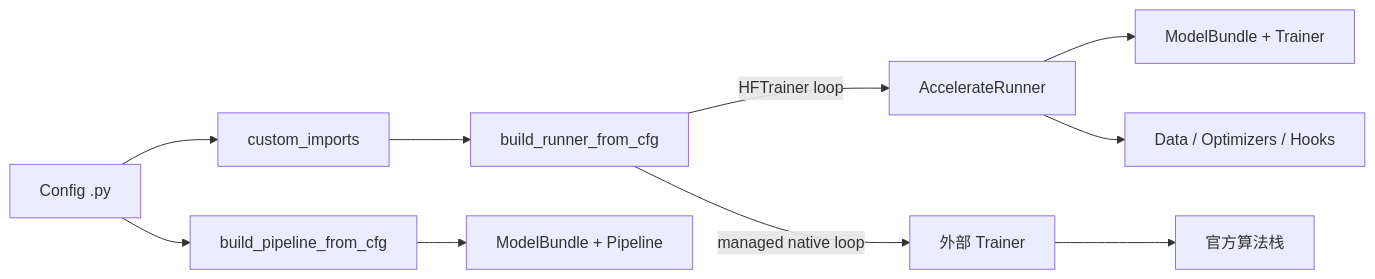
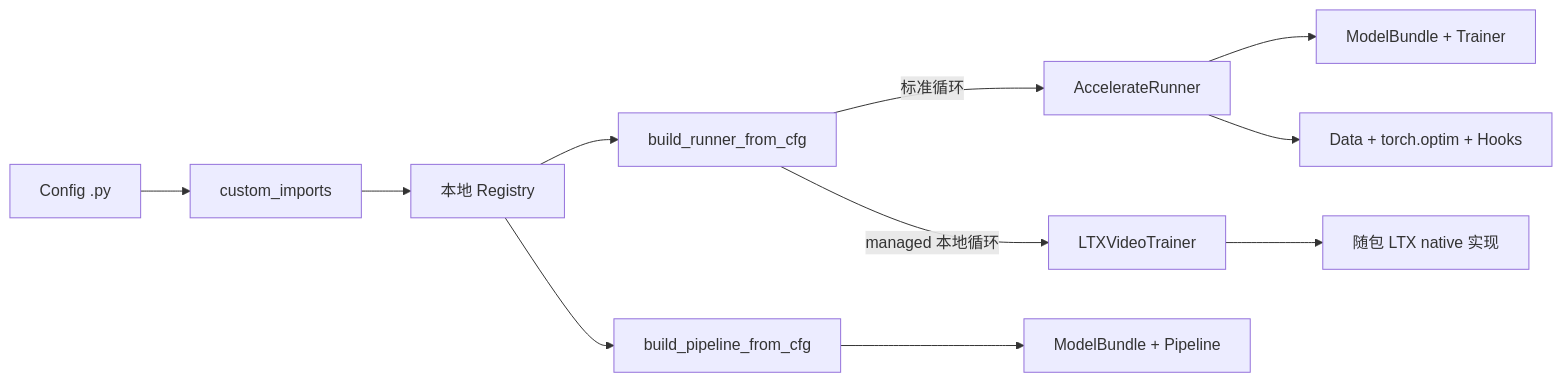
Before and after one commit to ZeyuLing/HFTrainer: the first of 2 diagrams in docs/zh-cn/architecture.md, drawn with Mermaid. The commit also changed other lines of this file and 486 other files, not shown here.

````diff
--- a/docs/zh-cn/architecture.md
+++ b/docs/zh-cn/architecture.md
@@ -5,12 +5,13 @@
 ```mermaid
 flowchart LR
     A["Config .py"] --> B["custom_imports"]
-    B --> C["build_runner_from_cfg"]
-    C -->|HFTrainer loop| D["AccelerateRunner"]
-    C -->|managed native loop| E["外部 Trainer"]
-    D --> F["ModelBundle + Trainer"]
-    D --> G["Data / Optimizers / Hooks"]
-    E --> H["官方算法栈"]
-    A --> I["build_pipeline_from_cfg"]
-    I --> J["ModelBundle + Pipeline"]
+    B --> C["本地 Registry"]
+    C --> D["build_runner_from_cfg"]
+    D -->|标准循环| E["AccelerateRunner"]
+    D -->|managed 本地循环| F["LTXVideoTrainer"]
+    E --> G["ModelBundle + Trainer"]
+    E --> H["Data + torch.optim + Hooks"]
+    F --> I["随包 LTX native 实现"]
+    C --> J["build_pipeline_from_cfg"]
+    J --> K["ModelBundle + Pipeline"]
 ```
````
